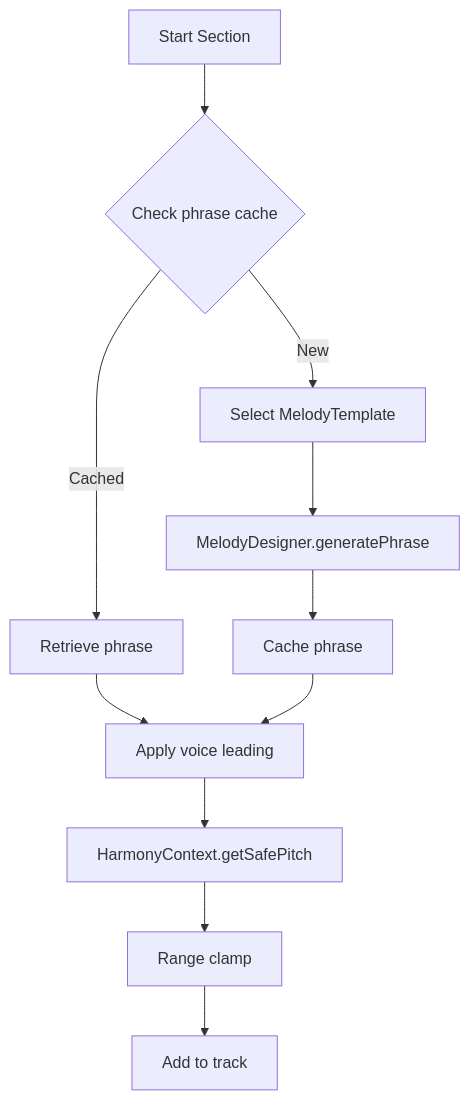
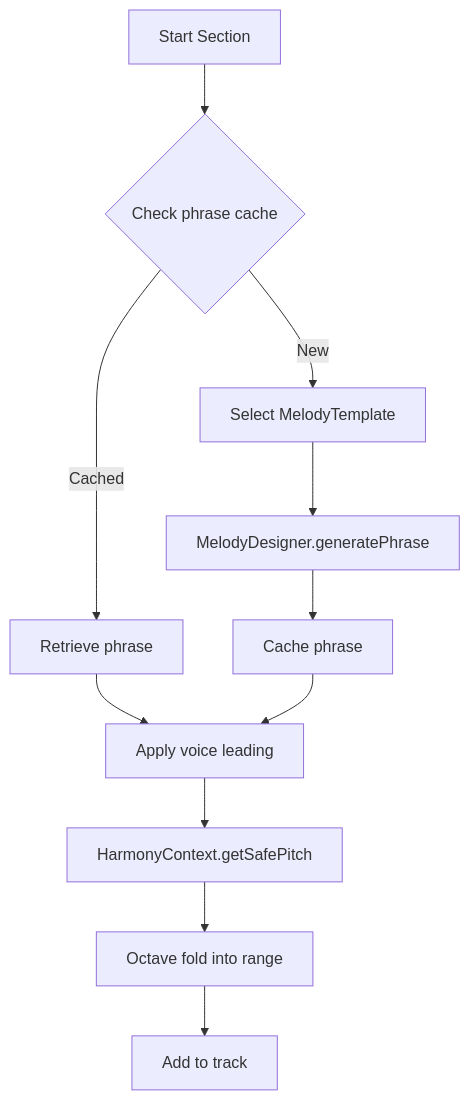
The third of 9 diagrams in src/docs/track-generators.md (libraz/midi-sketch-homepage), drawn with Mermaid before and after one commit. The commit also changed other lines of this file and 91 other files, not shown here.

````diff
--- a/src/docs/track-generators.md
+++ b/src/docs/track-generators.md
@@ -99,13 +103,13 @@
 ```mermaid
 flowchart TD
     A[Start Section] --> B{Check phrase cache}
     B -->|Cached| C[Retrieve phrase]
     B -->|New| D[Select MelodyTemplate]
     D --> E[MelodyDesigner.generatePhrase]
     E --> F[Cache phrase]
     C --> G[Apply voice leading]
     F --> G
     G --> H[HarmonyContext.getSafePitch]
-    H --> I[Range clamp]
+    H --> I[Octave fold into range]
     I --> J[Add to track]
 ```
````
